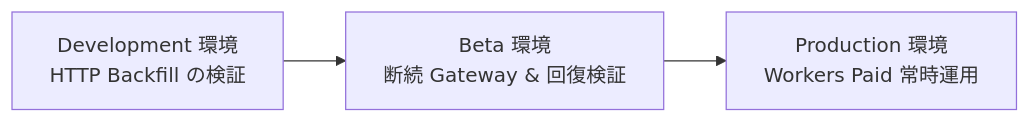
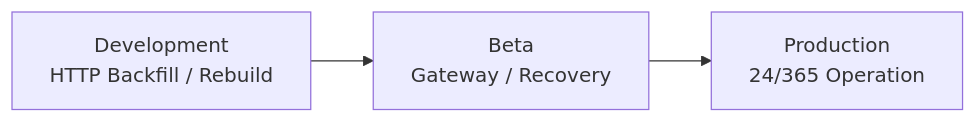
One commit to ojiverse/datawarehouse changed the diagram in docs/infrastructure/cloudflare/environments/README.md. Above: the diagram before and after it, drawn with Mermaid. The commit also changed other lines of this file, not shown here.

````diff
--- a/docs/infrastructure/cloudflare/environments/README.md
+++ b/docs/infrastructure/cloudflare/environments/README.md
@@ -9,5 +5,5 @@
 ```mermaid
 flowchart LR
-    Dev[Development 環境<br>HTTP Backfill の検証] --> Beta[Beta 環境<br>断続 Gateway & 回復検証]
-    Beta --> Prod[Production 環境<br>Workers Paid 常時運用]
+    Dev[Development<br>HTTP Backfill / Rebuild] --> Beta[Beta<br>Gateway / Recovery]
+    Beta --> Prod[Production<br>24/365 Operation]
 ```
````
